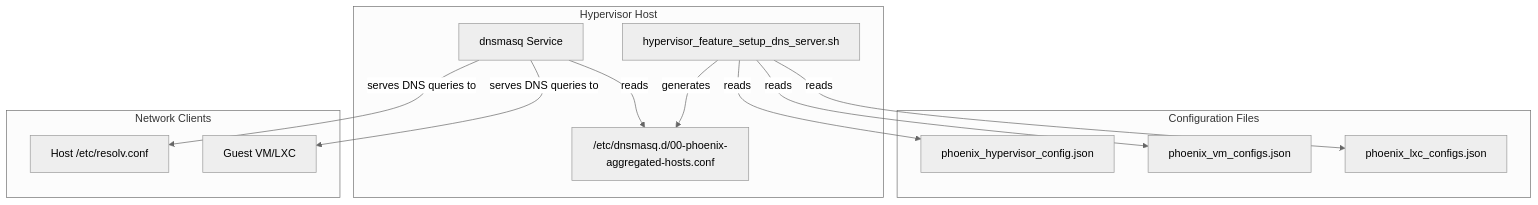
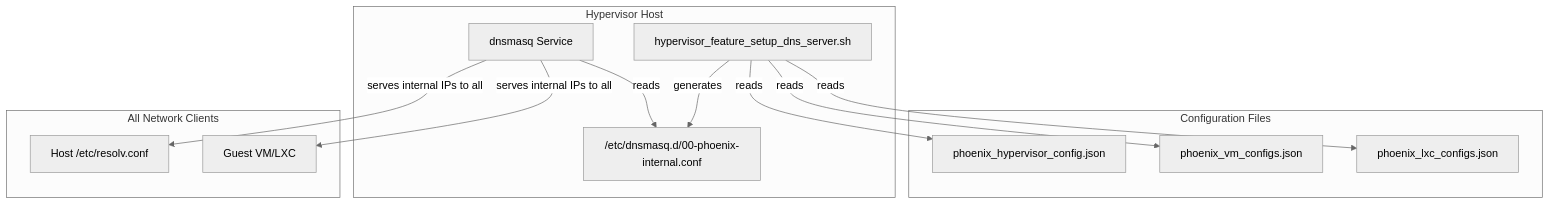
The third of 3 diagrams in phoenix_infrastructure_review.md (SirHeads/Testing-ideas), drawn with Mermaid (neutral theme) before and after one commit. The commit also changed other lines of this file and 57 other files, not shown here.

````diff
--- a/phoenix_infrastructure_review.md
+++ b/phoenix_infrastructure_review.md
@@ -153,24 +148,21 @@
 ```mermaid
 graph TD
     subgraph "Configuration Files"
         A["phoenix_hypervisor_config.json"]
         B["phoenix_vm_configs.json"]
         C["phoenix_lxc_configs.json"]
     end
 
     subgraph "Hypervisor Host"
-        D["hypervisor_feature_setup_dns_server.sh"] -- reads --> A;
-        D -- reads --> B;
-        D -- reads --> C;
-        D -- generates --> E["/etc/dnsmasq.d/00-phoenix-aggregated-hosts.conf"];
+        D["hypervisor_feature_setup_dns_server.sh"] -- reads --> A & B & C;
+        D -- generates --> E["/etc/dnsmasq.d/00-phoenix-internal.conf"];
         F["dnsmasq Service"] -- reads --> E;
     end
 
-    subgraph "Network Clients"
+    subgraph "All Network Clients"
         G["Host /etc/resolv.conf"]
         H["Guest VM/LXC"]
     end
 
-    F -- serves DNS queries to --> G;
-    F -- serves DNS queries to --> H;
+    F -- "serves internal IPs to all" --> G & H;
 ```
````
